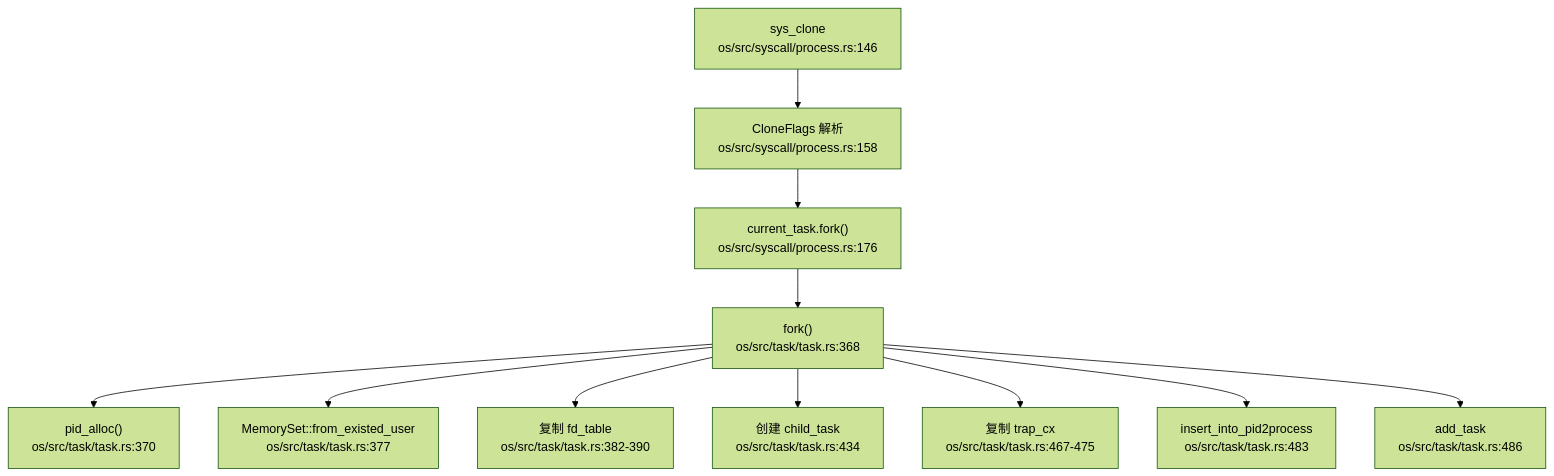
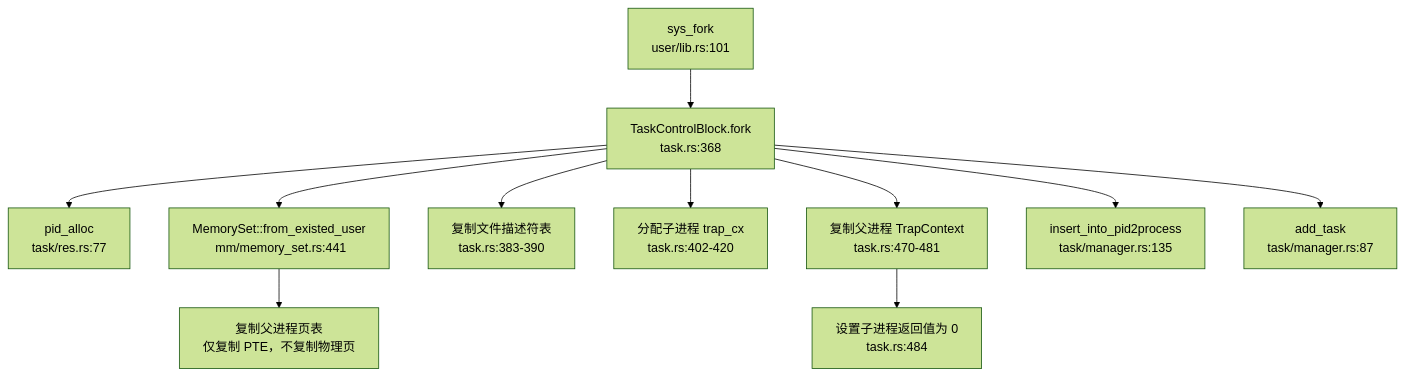
The third of 4 diagrams in output/oskernel2024-chaos/sections/04_进程线程与调度机制.md (Freefor100/OS-Agent), drawn with Mermaid (forest theme) before and after one commit. The commit also changed other lines of this file and 118 other files, not shown here.

````diff
--- a/output/oskernel2024-chaos/sections/04_进程线程与调度机制.md
+++ b/output/oskernel2024-chaos/sections/04_进程线程与调度机制.md
@@ -311,24 +345,24 @@
 ```mermaid
 graph TD
-  A["sys_clone
-os/src/syscall/process.rs:146"] --> B["CloneFlags 解析
-os/src/syscall/process.rs:158"]
-  B --> C["current_task.fork()
-os/src/syscall/process.rs:176"]
-  C --> D["fork()
-os/src/task/task.rs:368"]
-  D --> E["pid_alloc()
-os/src/task/task.rs:370"]
-  D --> F["MemorySet::from_existed_user
-os/src/task/task.rs:377"]
-  D --> G["复制 fd_table
-os/src/task/task.rs:382-390"]
-  D --> H["创建 child_task
-os/src/task/task.rs:434"]
-  D --> I["复制 trap_cx
-os/src/task/task.rs:467-475"]
-  D --> J["insert_into_pid2process
-os/src/task/task.rs:483"]
-  D --> K["add_task
-os/src/task/task.rs:486"]
+    A["sys_fork
+ user/lib.rs:101"] --> B["TaskControlBlock.fork
+ task.rs:368"]
+    B --> C["pid_alloc
+ task/res.rs:77"]
+    B --> D["MemorySet::from_existed_user
+ mm/memory_set.rs:441"]
+    D --> E["复制父进程页表
+ 仅复制 PTE，不复制物理页"]
+    B --> F["复制文件描述符表
+ task.rs:383-390"]
+    B --> G["分配子进程 trap_cx
+ task.rs:402-420"]
+    B --> H["复制父进程 TrapContext
+ task.rs:470-481"]
+    H --> I["设置子进程返回值为 0
+ task.rs:484"]
+    B --> J["insert_into_pid2process
+ task/manager.rs:135"]
+    B --> K["add_task
+ task/manager.rs:87"]
 ```
````
